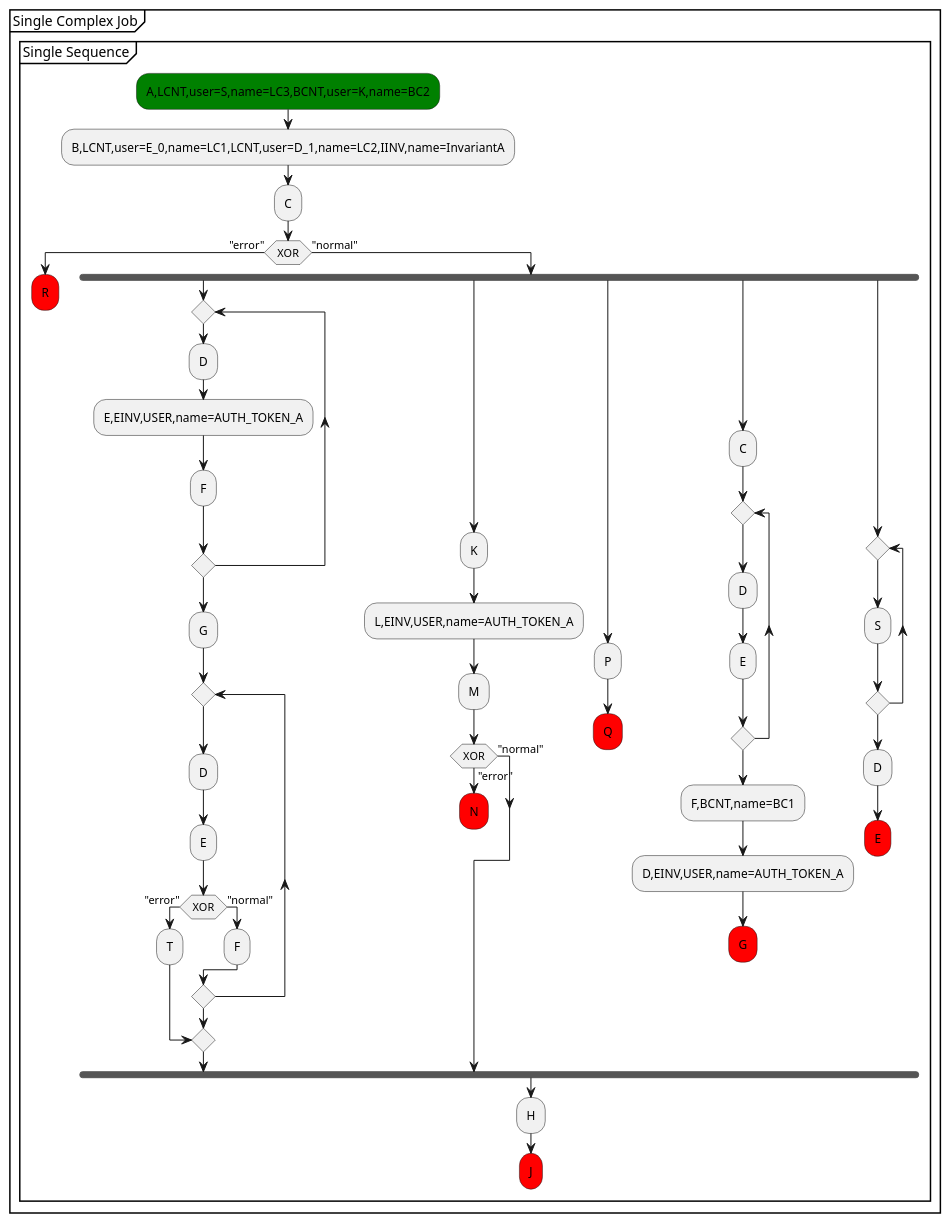
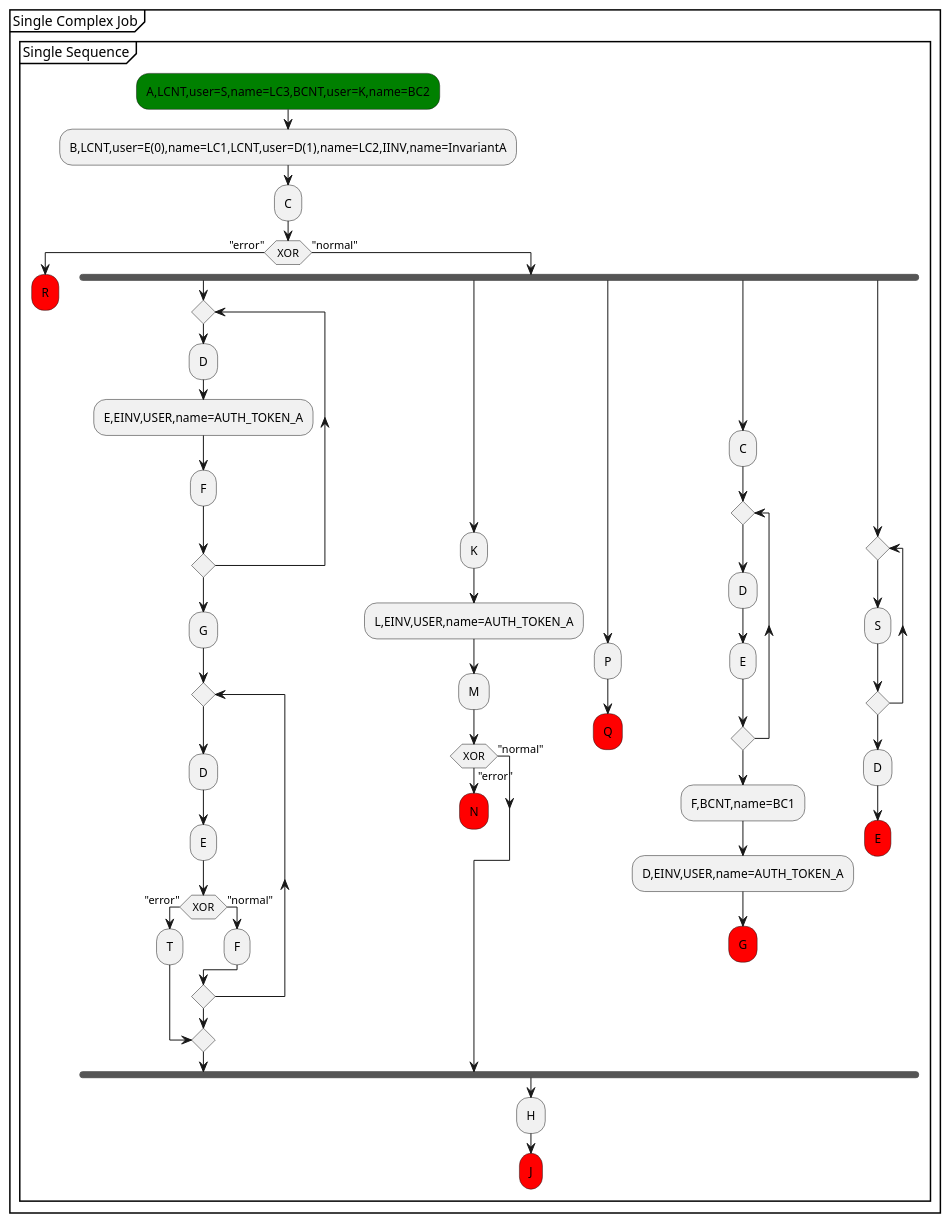
Before and after one commit to xtuml/munin: the diagram in models/SequenceVerificationDataCentric/puml/SingleComplexSeq_usingFork.puml, drawn with PlantUML. The commit also changed 3 other files, not shown here.

Commit message:
PlantUML additions for Partner1 example

```diff
--- a/models/SequenceVerificationDataCentric/puml/SingleComplexSeq_usingFork.puml
+++ b/models/SequenceVerificationDataCentric/puml/SingleComplexSeq_usingFork.puml
@@ -1,66 +1,66 @@
 @startuml
 partition "Single Complex Job" {
 group "Single Sequence"
 
   #green:A,LCNT,user=S,name=LC3,BCNT,user=K,name=BC2;
-  :B,LCNT,user=E_0,name=LC1,LCNT,user=D_1,name=LC2,IINV,name=InvariantA;
+  :B,LCNT,user=E(0),name=LC1,LCNT,user=D(1),name=LC2,IINV,name=InvariantA;
   :C;
   if (XOR) then ("error")
     #red:R;
     detach
   else ("normal")
     fork
       repeat
         :D;
         :E,EINV,USER,name=AUTH_TOKEN_A;
         :F;
       repeat while
       :G;
       repeat
         :D;
         :E;
         if (XOR) then ("error")
           :T;
           break
         else ("normal")
           :F;
         endif
       repeat while
     fork again
       :K;
       :L,EINV,USER,name=AUTH_TOKEN_A;
       :M;
       if (XOR) then ("error")
         #red:N;
         detach
       else ("normal")  
       endif    
     fork again
       :P;
       #red:Q;
       detach
     fork again
       :C;
       repeat
         :D;
         :E;
       repeat while
       :F,BCNT,name=BC1;
       :D,EINV,USER,name=AUTH_TOKEN_A;
       #red:G;
       detach
     fork again
       repeat
         :S;
       repeat while
       :D;
       #red:E;
       detach
     end fork
     :H;
     #red:J;
     detach
   endif
 end group
 }
 @enduml
```
